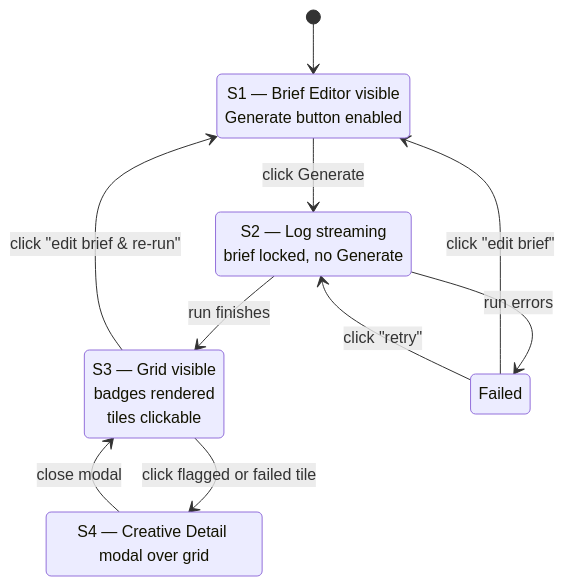
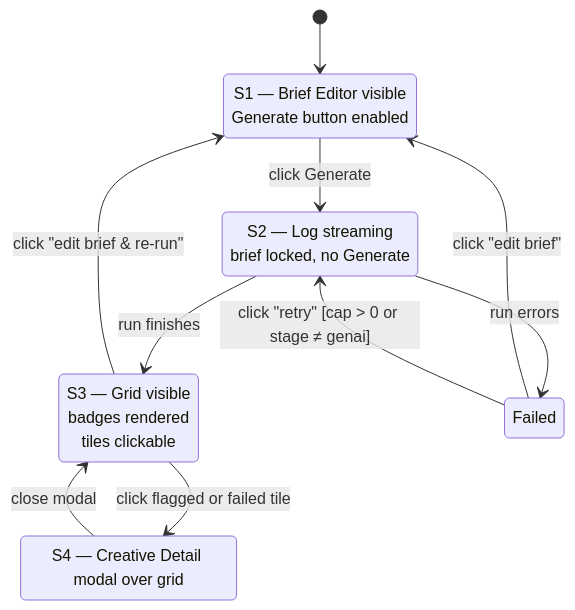
Before and after one commit to arndvs/cast: the sixth of 6 diagrams in docs/flow-diagrams.md, drawn with Mermaid. The commit also changed other lines of this file and 31 other files, not shown here.

````diff
--- a/docs/flow-diagrams.md
+++ b/docs/flow-diagrams.md
@@ -655,16 +667,16 @@
 ```mermaid
 stateDiagram-v2
     [*] --> Editing
     Editing: S1 — Brief Editor visible<br/>Generate button enabled
     Editing --> Running: click Generate
     Running: S2 — Log streaming<br/>brief locked, no Generate
     Running --> Complete: run finishes
     Running --> Failed: run errors
     Failed --> Editing: click "edit brief"
-    Failed --> Running: click "retry"
+    Failed --> Running: click "retry" [cap > 0 or stage ≠ genai]
     Complete: S3 — Grid visible<br/>badges rendered<br/>tiles clickable
     Complete --> DetailOpen: click flagged or failed tile
     DetailOpen: S4 — Creative Detail modal over grid
     DetailOpen --> Complete: close modal
     Complete --> Editing: click "edit brief & re-run"
 ```
````
